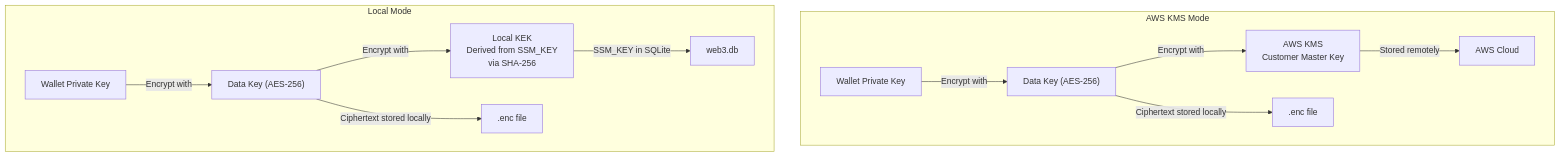
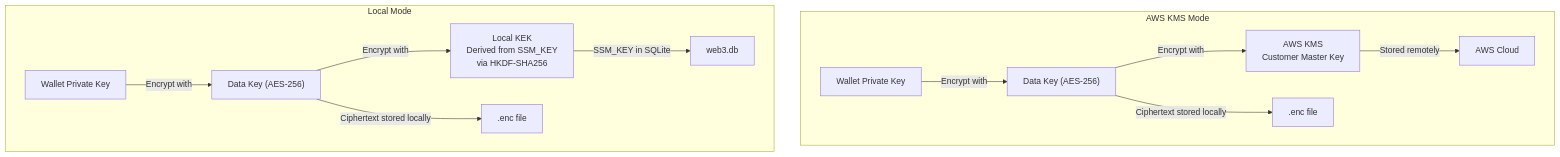
One commit to blocksecteam/web3-companion changed the third of 10 diagrams in docs/SECURITY_DESIGN.md. Above: the diagram before and after it, drawn with Mermaid. The commit also changed other lines of this file and 25 other files, not shown here.

````diff
--- a/docs/SECURITY_DESIGN.md
+++ b/docs/SECURITY_DESIGN.md
@@ -153,16 +153,16 @@
 ```mermaid
 graph TB
     subgraph "AWS KMS Mode"
         PK1["Wallet Private Key"] -->|"Encrypt with"| DK1["Data Key (AES-256)"]
         DK1 -->|"Encrypt with"| CMK["AWS KMS<br/>Customer Master Key"]
         CMK -->|"Stored remotely"| AWS["AWS Cloud"]
         DK1 -->|"Ciphertext stored locally"| File1[".enc file"]
     end
 
     subgraph "Local Mode"
         PK2["Wallet Private Key"] -->|"Encrypt with"| DK2["Data Key (AES-256)"]
-        DK2 -->|"Encrypt with"| KEK["Local KEK<br/>Derived from SSM_KEY<br/>via SHA-256"]
+        DK2 -->|"Encrypt with"| KEK["Local KEK<br/>Derived from SSM_KEY<br/>via HKDF-SHA256"]
         KEK -->|"SSM_KEY in SQLite"| DB["web3.db"]
         DK2 -->|"Ciphertext stored locally"| File2[".enc file"]
     end
 ```
````
